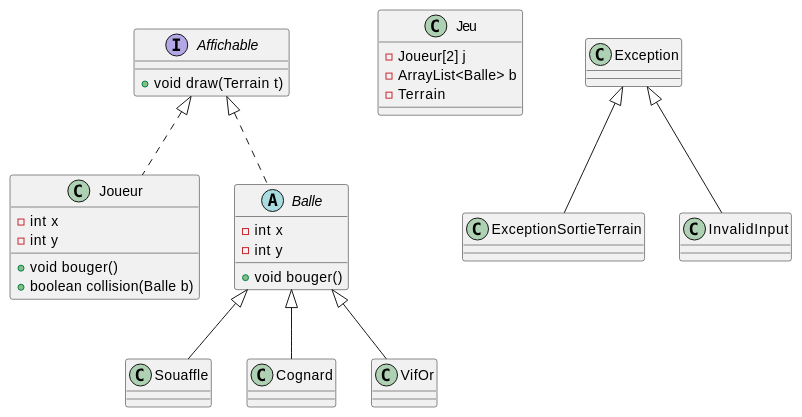
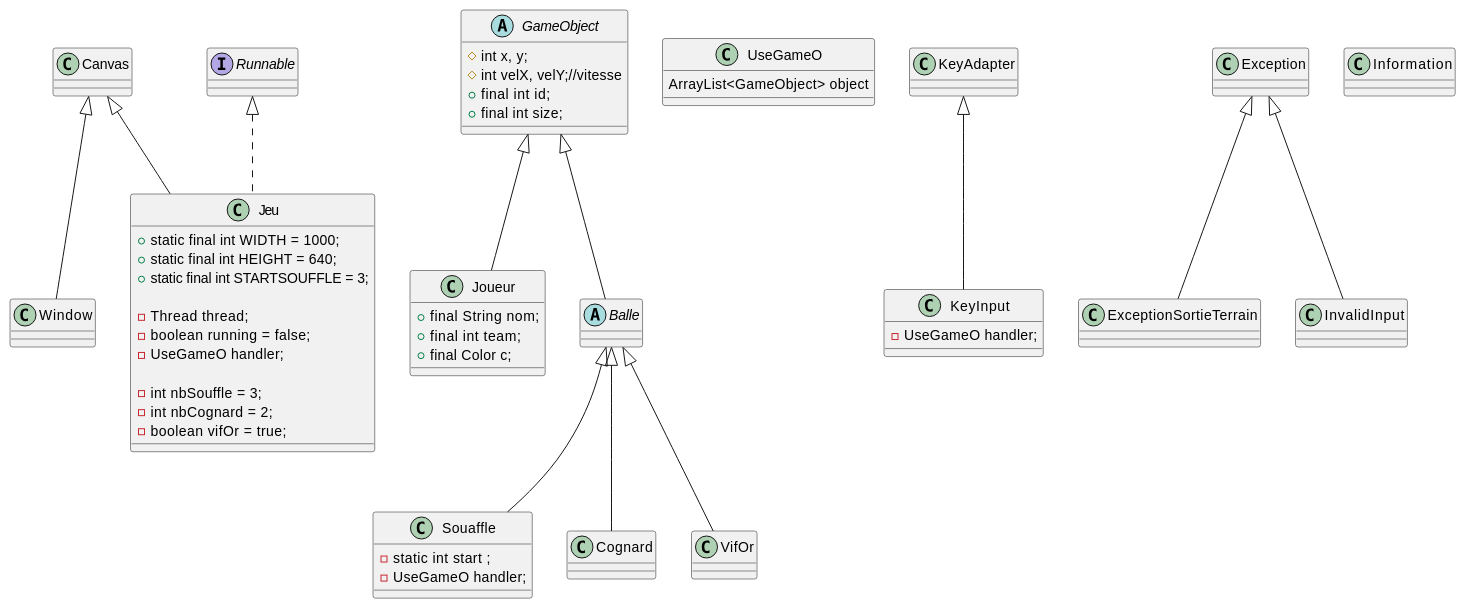
The diagram in Java/ProjetJava/ProjetS1/README.md (AryjTakali/L2MonoInfo), drawn with PlantUML before and after one commit. The commit also changed other lines of this file and 200 other files, not shown here.

````diff
--- a/Java/ProjetJava/ProjetS1/README.md
+++ b/Java/ProjetJava/ProjetS1/README.md
@@ -59,40 +58,57 @@
 ```uml
-Interface Affichable (implémenté par Joueur et Balle) :
-    void draw(Terrain t);
+@startuml
+class Window extends Canvas {}
 
-@startuml
-interface Affichable {
-    +void draw(Terrain t)
+Class Jeu extends Canvas implements Runnable {
++static final int WIDTH = 1000; 
++static final int HEIGHT = 640;
++static final int STARTSOUFFLE = 3;
+	
+-Thread thread;
+-boolean running = false;
+-UseGameO handler;
+
+-int nbSouffle = 3;
+-int nbCognard = 2;
+-boolean vifOr = true;
 }
 
-
-class Jeu{
--Joueur[2] j
--ArrayList<Balle> b
--Terrain
+abstract class GameObject {
+# int x, y;
+# int velX, velY;//vitesse
++ final int id;
++ final int size;
 }
 
-Class Joueur implements Affichable {
--int x
--int y
-+void bouger()
-+boolean collision(Balle b)
+class UseGameO {
+ArrayList<GameObject> object
+}
+
+class KeyInput extends KeyAdapter{
+- UseGameO handler;
+}
+
+Class Joueur extends GameObject {
++ final String nom;
++ final int team;
++ final Color c;
 }
 
 Class ExceptionSortieTerrain extends Exception{}
 Class InvalidInput extends Exception{}
 
-abstract class Balle implements Affichable {
--int x
--int y
-+void bouger()
+abstract class Balle extends GameObject {
+
 }
 
-class Souaffle extends Balle{}
+class Souaffle extends Balle{
+- static int start ;
+- UseGameO handler;
+}
+
 class Cognard extends Balle{}
 class VifOr extends Balle{}
 
-
-
+class Information {}
 @enduml
 ```
````
